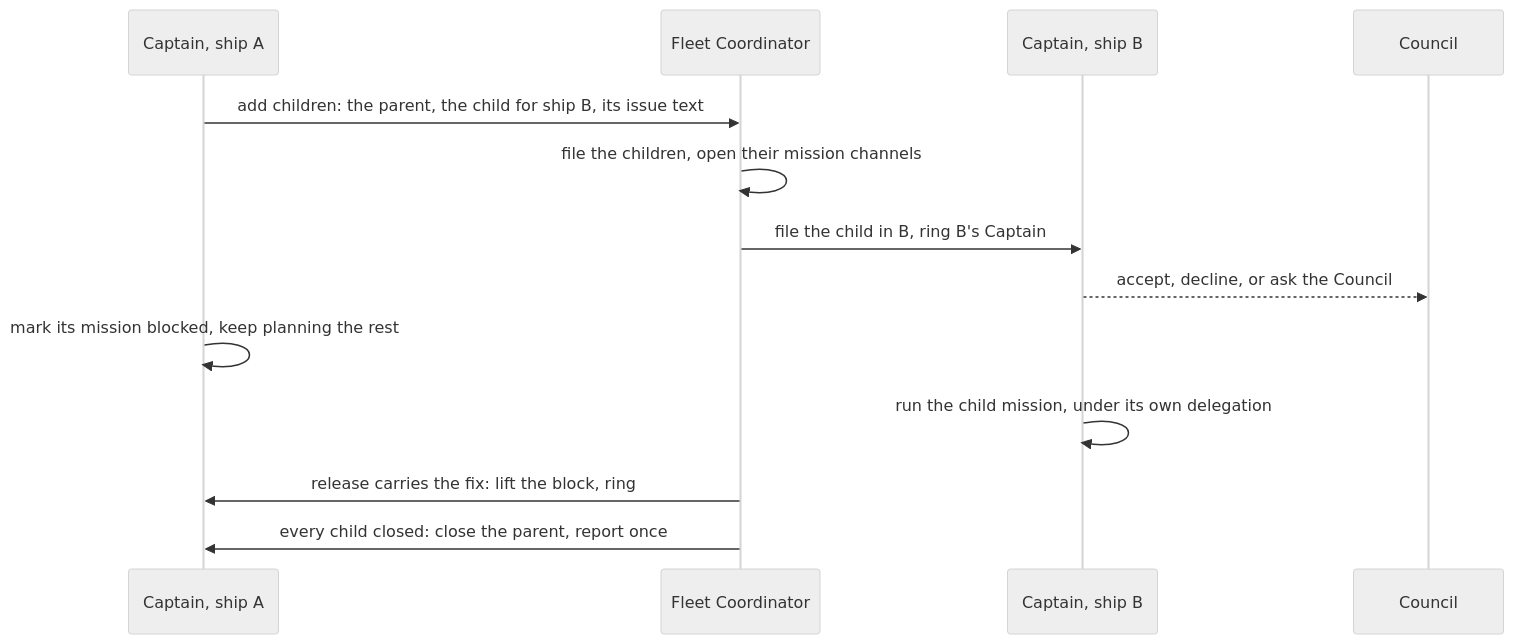
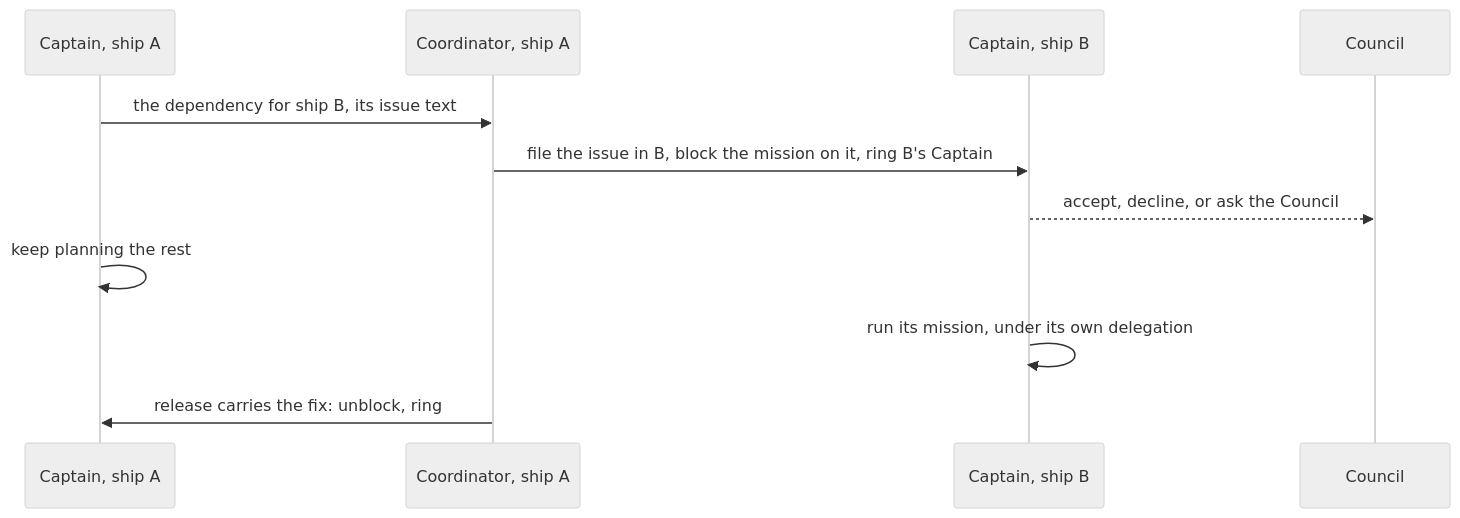
Before and after one commit to cyberuni/cyberfleet: the second of 2 diagrams in .agents/specs/cyberfleet/design/lifecycle.md, drawn with Mermaid (neutral theme). The commit also changed other lines of this file and 8 other files, not shown here.

````diff
--- a/.agents/specs/cyberfleet/design/lifecycle.md
+++ b/.agents/specs/cyberfleet/design/lifecycle.md
@@ -105,15 +105,13 @@
 ```mermaid
 sequenceDiagram
   participant KA as Captain, ship A
-  participant FD as Fleet Coordinator
+  participant CA as Coordinator, ship A
   participant KB as Captain, ship B
   participant C as Council
-  KA->>FD: add children: the parent, the child for ship B, its issue text
-  FD->>FD: file the children, open their mission channels
-  FD->>KB: file the child in B, ring B's Captain
+  KA->>CA: the dependency for ship B, its issue text
+  CA->>KB: file the issue in B, block the mission on it, ring B's Captain
   KB-->>C: accept, decline, or ask the Council
-  KA->>KA: mark its mission blocked, keep planning the rest
-  KB->>KB: run the child mission, under its own delegation
-  FD->>KA: release carries the fix: lift the block, ring
-  FD->>KA: every child closed: close the parent, report once
+  KA->>KA: keep planning the rest
+  KB->>KB: run its mission, under its own delegation
+  CA->>KA: release carries the fix: unblock, ring
 ```
````
